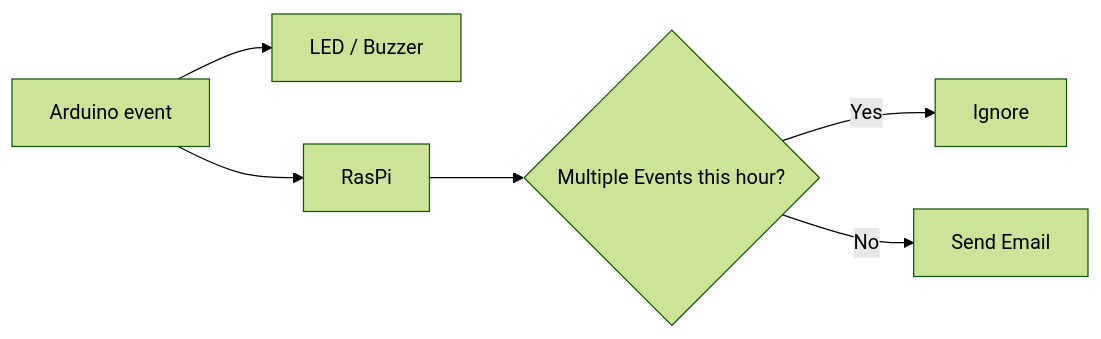
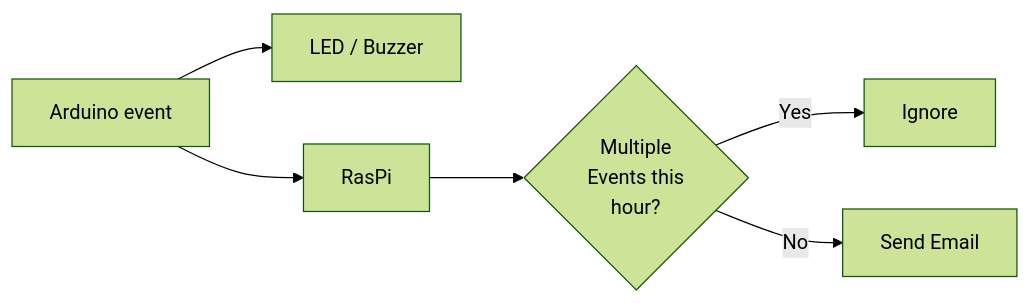
The diagram in README.md (stagethird/multisensor_project), drawn with Mermaid (forest theme) before and after one commit.

````diff
--- a/README.md
+++ b/README.md
@@ -28,7 +28,9 @@
 ```mermaid
 flowchart LR
   A[Arduino event] --> B[LED / Buzzer] & C[RasPi]
-  C --> D{"`Multiple Events this hour?`"}
+  C --> D{"`Multiple
+Events this
+hour?`"}
   D -->|Yes| E[Ignore]
   D -->|No| F[Send Email]
 ```
````
